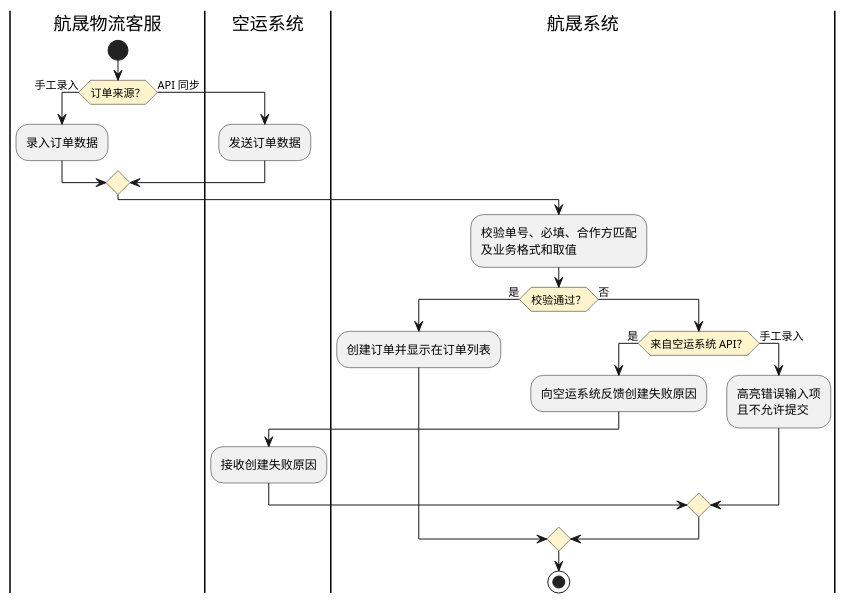
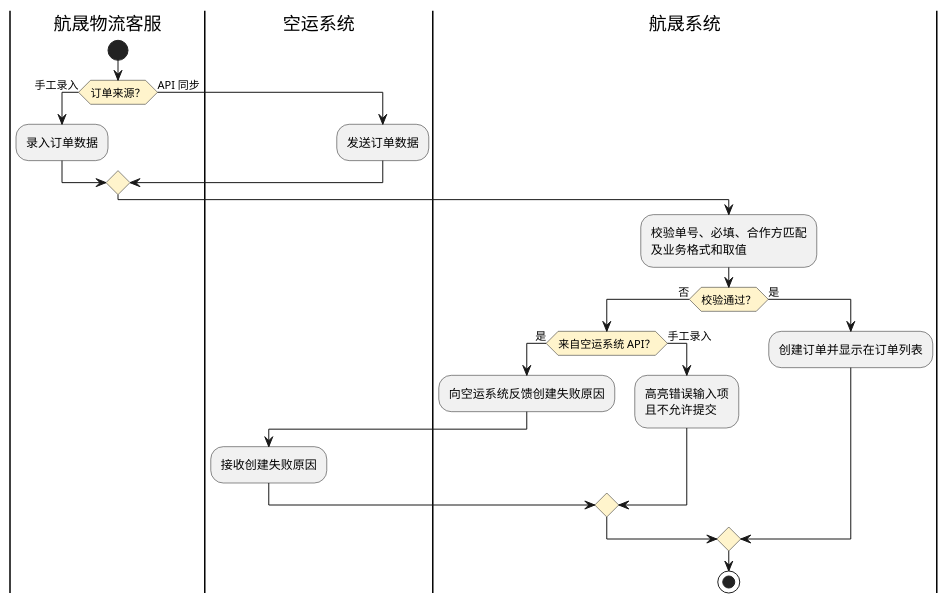
Before and after one commit to jack888332/projects-doc: the third of 3 diagrams in product-caliber/goldjet/segmented-prd/PRD.高捷物流系统一期.第015篇.用车-订单管理.32C78B8106.md, drawn with PlantUML. The commit also changed other lines of this file and 4 other files, not shown here.

Commit message:
减少泳道活动图连线的可避免交叉

````diff
--- a/product-caliber/goldjet/segmented-prd/PRD.高捷物流系统一期.第015篇.用车-订单管理.32C78B8106.md
+++ b/product-caliber/goldjet/segmented-prd/PRD.高捷物流系统一期.第015篇.用车-订单管理.32C78B8106.md
@@ -161,28 +165,29 @@
 ```plantuml
 @startuml goldjet-015-order-intake-validation
 skinparam activityDiamondBackgroundColor #FFF4CC
 |航晟物流客服|
 start
 if (订单来源？) then (手工录入)
   :录入订单数据;
 else (API 同步)
   |空运系统|
   :发送订单数据;
 endif
 |航晟系统|
 :校验单号、必填、合作方匹配\n及业务格式和取值;
-if (校验通过？) then (是)
-  :创建订单并显示在订单列表;
-else (否)
+if (校验通过？) then (否)
   if (来自空运系统 API？) then (是)
     :向空运系统反馈创建失败原因;
     |空运系统|
     :接收创建失败原因;
   else (手工录入)
     |航晟系统|
     :高亮错误输入项\n且不允许提交;
   endif
+else (是)
+  |航晟系统|
+  :创建订单并显示在订单列表;
 endif
 stop
 @enduml
 ```
````
